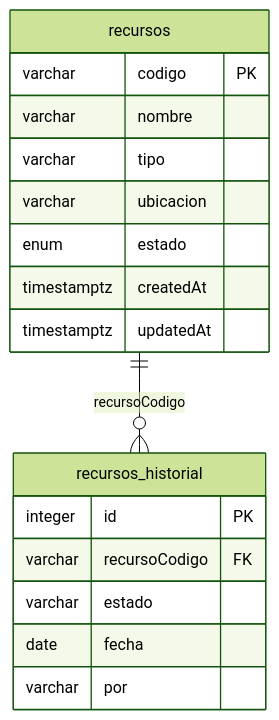
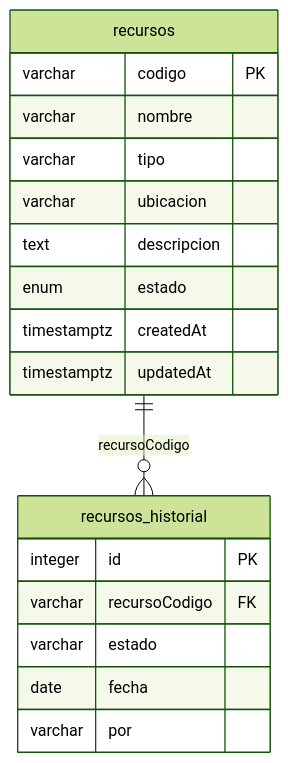
Before and after one commit to Carh-rgb/uajs-smart-campus: the fourth of 6 diagrams in database/MODELO-DATOS.md, drawn with Mermaid (forest theme). The commit also changed other lines of this file and 10 other files, not shown here.

````diff
--- a/database/MODELO-DATOS.md
+++ b/database/MODELO-DATOS.md
@@ -386,20 +386,21 @@
 ```mermaid
 erDiagram
   recursos ||--o{ recursos_historial : "recursoCodigo"
   recursos {
     varchar codigo PK
     varchar nombre
     varchar tipo
     varchar ubicacion
+    text descripcion
     enum estado
     timestamptz createdAt
     timestamptz updatedAt
   }
   recursos_historial {
     integer id PK
     varchar recursoCodigo FK
     varchar estado
     date fecha
     varchar por
   }
 ```
````
